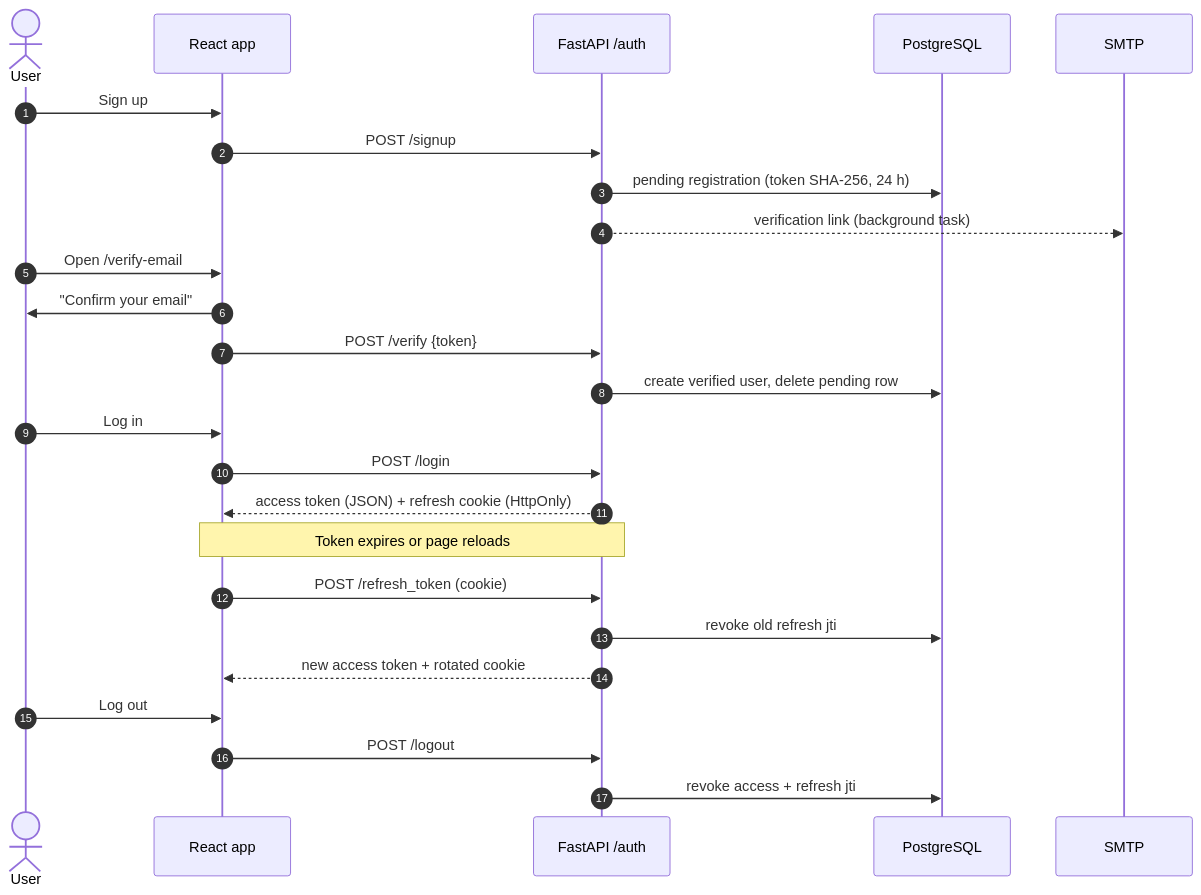
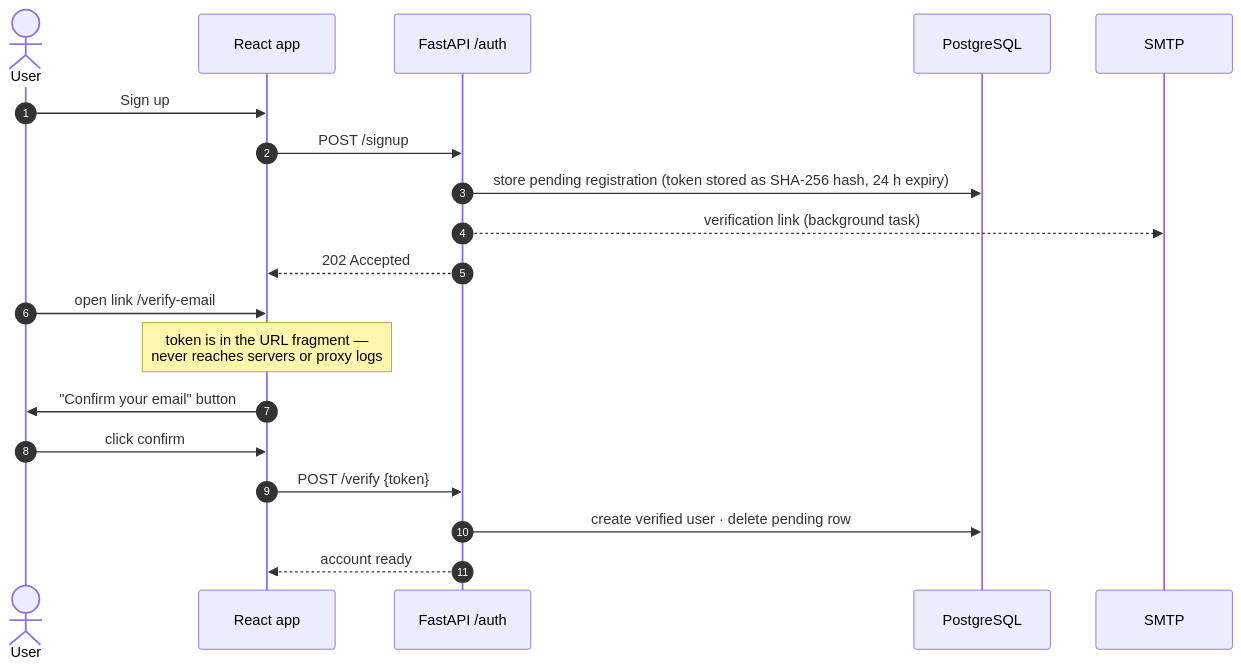
One commit to SuprabhSharma/Tavilo-eCommerce changed the fourth of 13 diagrams in README.md. Above: the diagram before and after it, drawn with Mermaid. The commit also changed other lines of this file and 4 other files, not shown here.

````diff
--- a/README.md
+++ b/README.md
@@ -120,31 +196,22 @@
 ```mermaid
 sequenceDiagram
     autonumber
     actor U as User
     participant W as React app
     participant A as FastAPI /auth
     participant D as PostgreSQL
     participant M as SMTP
 
     U->>W: Sign up
     W->>A: POST /signup
-    A->>D: pending registration (token SHA-256, 24 h)
+    A->>D: store pending registration (token stored as SHA-256 hash, 24 h expiry)
     A-->>M: verification link (background task)
-    U->>W: Open /verify-email#token=…
-    W->>U: "Confirm your email"
+    A-->>W: 202 Accepted
+    U->>W: open link  /verify-email#token=…
+    Note over W: token is in the URL fragment —<br/>never reaches servers or proxy logs
+    W->>U: "Confirm your email" button
+    U->>W: click confirm
     W->>A: POST /verify {token}
-    A->>D: create verified user, delete pending row
-
-    U->>W: Log in
-    W->>A: POST /login
-    A-->>W: access token (JSON) + refresh cookie (HttpOnly)
-
-    Note over W,A: Token expires or page reloads
-    W->>A: POST /refresh_token (cookie)
-    A->>D: revoke old refresh jti
-    A-->>W: new access token + rotated cookie
-
-    U->>W: Log out
-    W->>A: POST /logout
-    A->>D: revoke access + refresh jti
+    A->>D: create verified user · delete pending row
+    A-->>W: account ready
 ```
````
